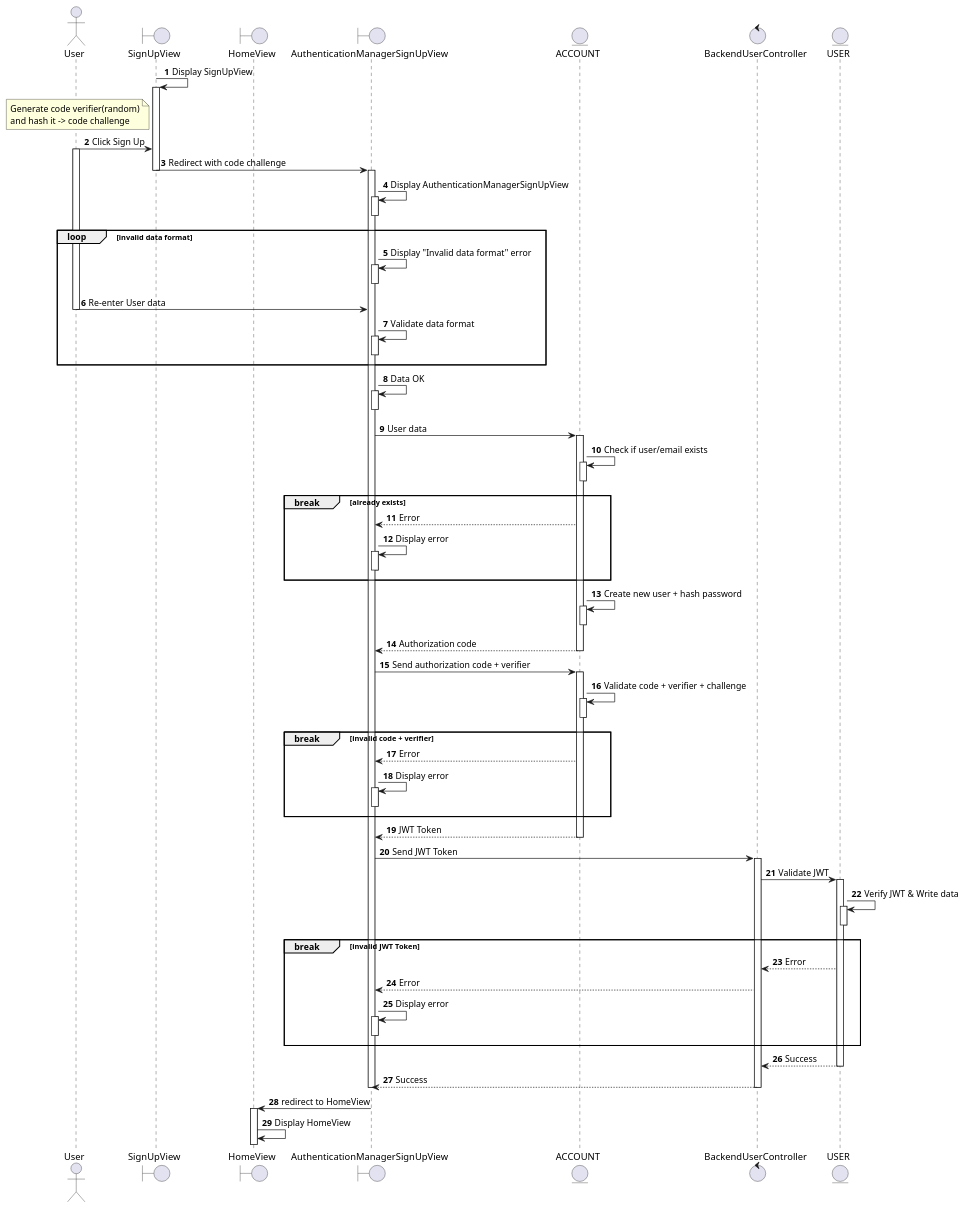
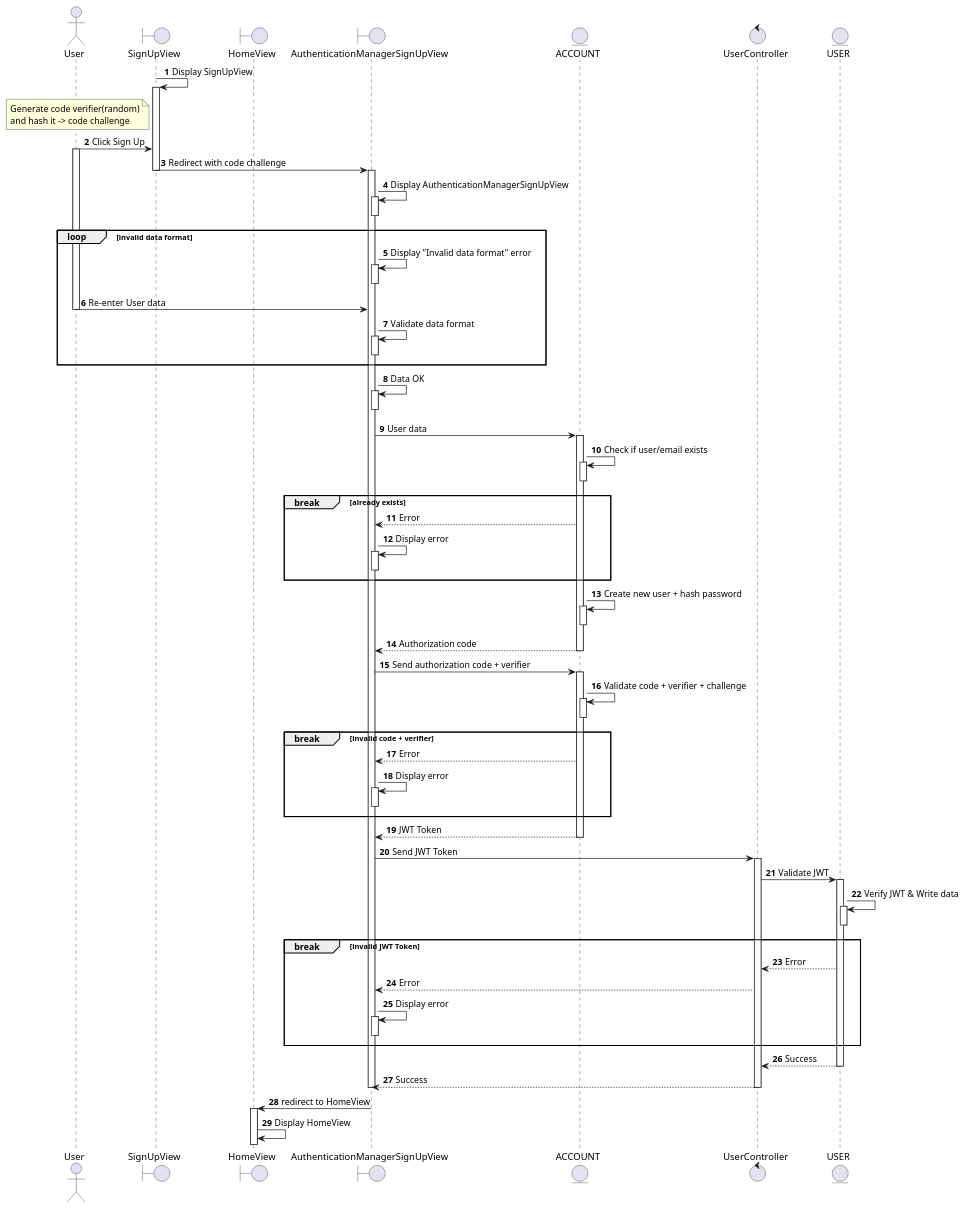
One commit to electricilies/electricilies.github.io changed the diagram in docs/docs/sequence/manage-account/sign-up.md. Above: the diagram before and after it, drawn with PlantUML. The commit also changed 1 other file, not shown here.

Commit message:
fix(sign-in,sign-up): rename controller

```diff
--- a/docs/docs/sequence/manage-account/sign-up.md
+++ b/docs/docs/sequence/manage-account/sign-up.md
@@ -10,7 +10,7 @@
 boundary AuthenticationManagerSignUpView as AMSUV
 
 entity ACCOUNT as A
-control BackendUserController as BUC
+control UserController as UC
 entity USER as US
 
 SUV -> SUV: Display SignUpView
@@ -75,27 +75,27 @@
 AMSUV <-- A: JWT Token
 deactivate A
 
-AMSUV -> BUC: Send JWT Token
-activate BUC
+AMSUV -> UC: Send JWT Token
+activate UC
 
-BUC -> US: Validate JWT
+UC -> US: Validate JWT
 activate US
 US -> US: Verify JWT & Write data
 activate US
 deactivate US
 
 break invalid JWT Token
-  BUC <-- US: Error
-  AMSUV <-- BUC: Error
+  UC <-- US: Error
+  AMSUV <-- UC: Error
   AMSUV -> AMSUV: Display error
   activate AMSUV
   deactivate AMSUV
 end
 
-BUC <-- US: Success
+UC <-- US: Success
 deactivate US
-AMSUV <-- BUC: Success
-deactivate BUC
+AMSUV <-- UC: Success
+deactivate UC
 deactivate AMSUV
 HV <- AMSUV: redirect to HomeView
 deactivate AMSUV
```
